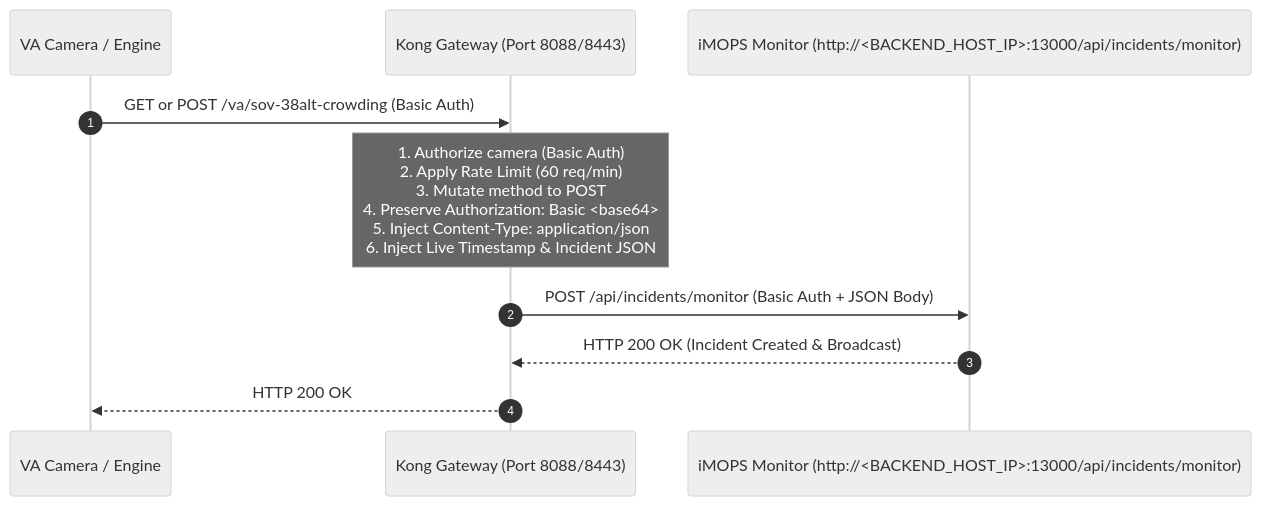
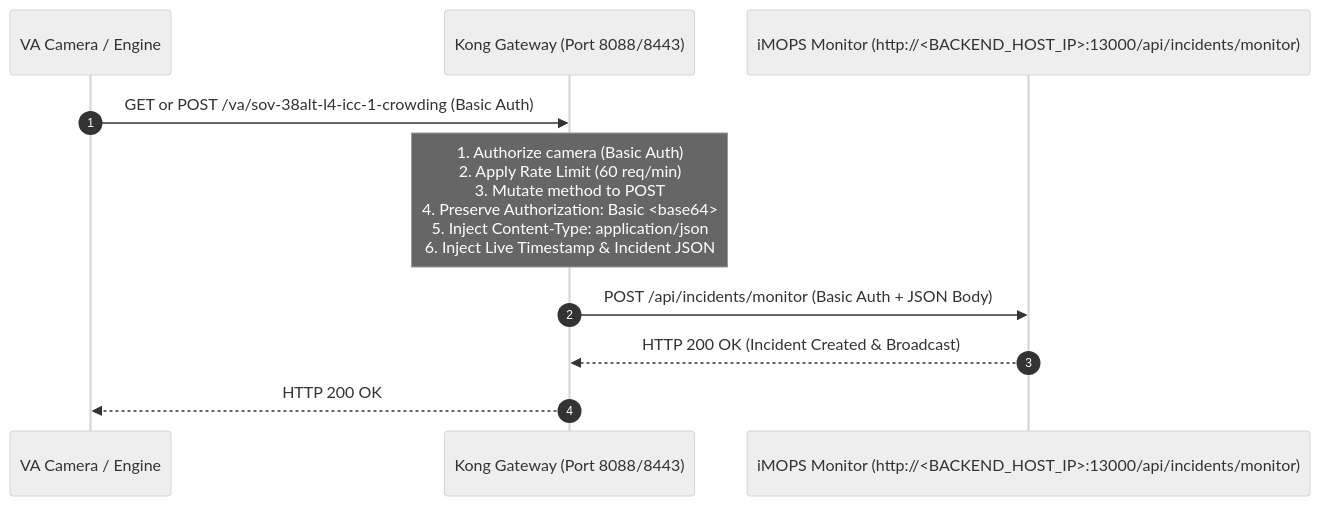
One commit to ksericpro/cde changed the diagram in apigw/docs/VA_SICC_Kong_Gateway_Implementation.md. Above: the diagram before and after it, drawn with Mermaid (neutral theme). The commit also changed other lines of this file and 7 other files, not shown here.

````diff
--- a/apigw/docs/VA_SICC_Kong_Gateway_Implementation.md
+++ b/apigw/docs/VA_SICC_Kong_Gateway_Implementation.md
@@ -37,13 +60,13 @@
 ```mermaid
 sequenceDiagram
     autonumber
     participant VA as VA Camera / Engine
     participant Kong as Kong Gateway (Port 8088/8443)
     participant Monitor as iMOPS Monitor (http://<BACKEND_HOST_IP>:13000/api/incidents/monitor)
 
-    VA->>Kong: GET or POST /va/sov-38alt-crowding (Basic Auth)
+    VA->>Kong: GET or POST /va/sov-38alt-l4-icc-1-crowding (Basic Auth)
     Note over Kong: 1. Authorize camera (Basic Auth)<br/>2. Apply Rate Limit (60 req/min)<br/>3. Mutate method to POST<br/>4. Preserve Authorization: Basic <base64><br/>5. Inject Content-Type: application/json<br/>6. Inject Live Timestamp & Incident JSON
     Kong->>Monitor: POST /api/incidents/monitor (Basic Auth + JSON Body)
     Monitor-->>Kong: HTTP 200 OK (Incident Created & Broadcast)
     Kong-->>VA: HTTP 200 OK
 ```
````
